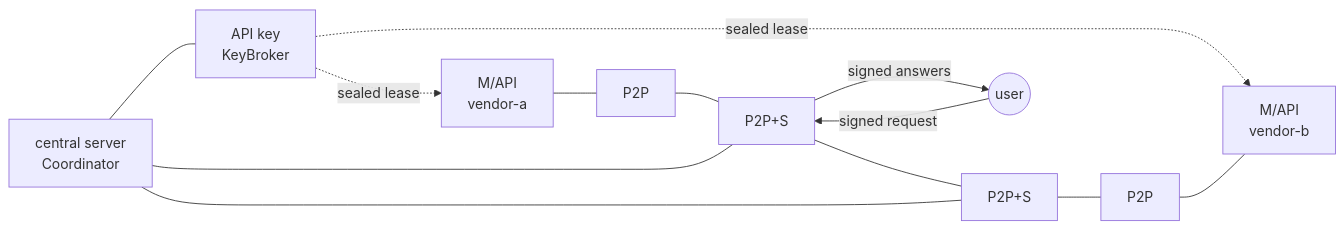
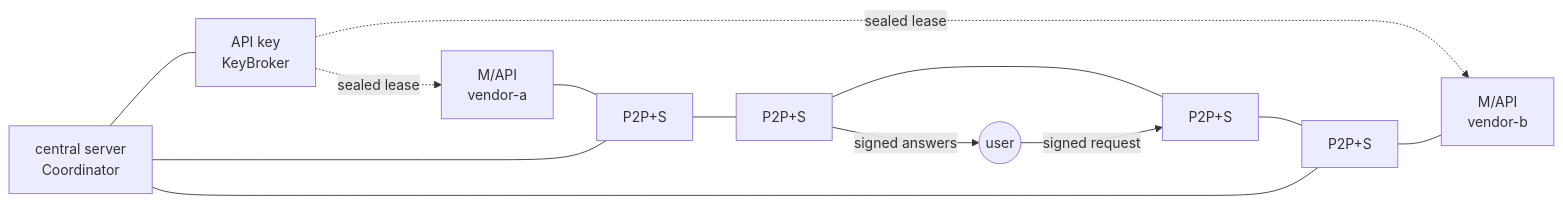
One commit to Larrydev-cpp/secdogie changed the first of 3 diagrams in inference/README.md. Above: the diagram before and after it, drawn with Mermaid. The commit also changed other lines of this file and 28 other files, not shown here.

````diff
--- a/inference/README.md
+++ b/inference/README.md
@@ -27,11 +27,11 @@
 ```mermaid
 flowchart LR
   C["central server<br/>Coordinator"] --- K["API key<br/>KeyBroker"]
   K -. sealed lease .-> L
   K -. sealed lease .-> R
-  L["M/API<br/>vendor-a"] --- W1["P2P"] --- S2["P2P+S"] --- S3["P2P+S"] --- W4["P2P"] --- R["M/API<br/>vendor-b"]
-  C --- S2
-  C --- S3
-  U((user)) -->|signed request| S2
+  L["M/API<br/>vendor-a"] --- S1["P2P+S"] --- S2["P2P+S"] --- S3["P2P+S"] --- S4["P2P+S"] --- R["M/API<br/>vendor-b"]
+  C --- S1
+  C --- S4
+  U((user)) -->|signed request| S3
   S2 -->|signed answers| U
 ```
````
